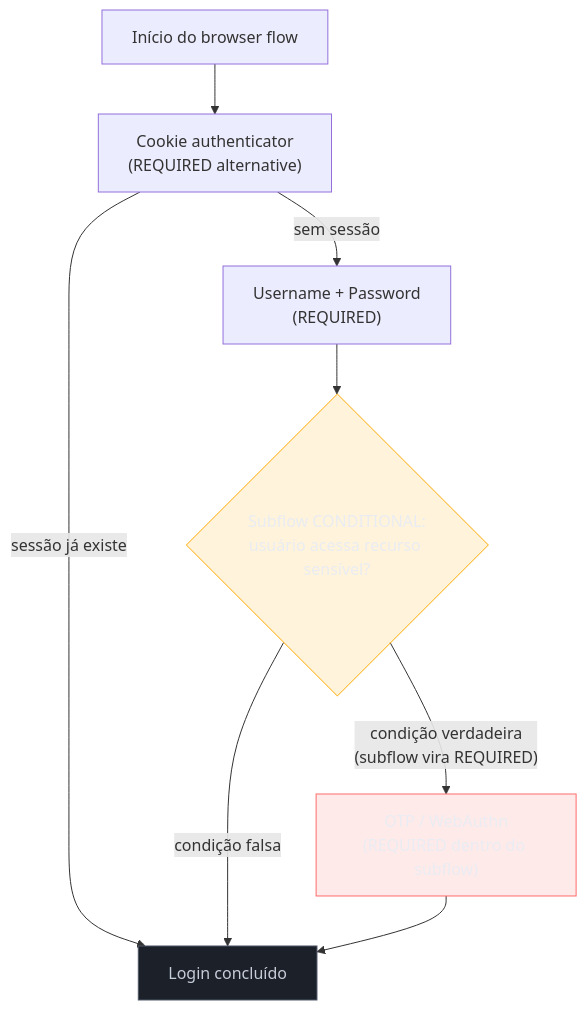
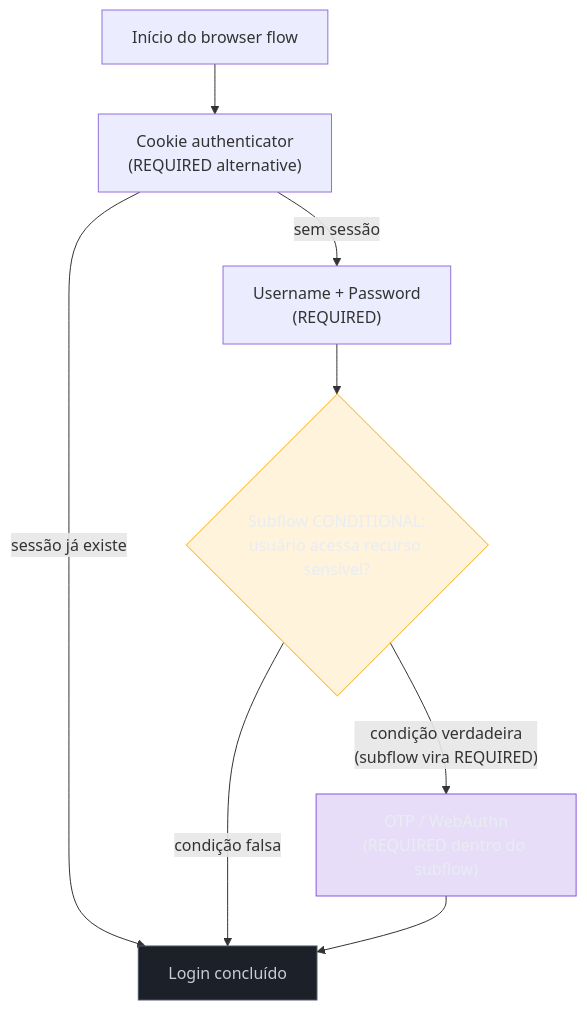
The second of 2 diagrams in 03-Dominios/Engenharia/Auth e Identidade/5 - Keycloak/01 - Keycloak — realms, clients e flows.md (josenaldo/codex-technomanticus), drawn with Mermaid before and after one commit. The commit also changed 601 other files, not shown here.

````diff
--- a/03-Dominios/Engenharia/Auth e Identidade/5 - Keycloak/01 - Keycloak — realms, clients e flows.md
+++ b/03-Dominios/Engenharia/Auth e Identidade/5 - Keycloak/01 - Keycloak — realms, clients e flows.md
@@ -157,17 +157,17 @@
 ```mermaid
 graph TD
+    classDef marca fill:#8855DF33,stroke:#8855DF,color:#E9ECF2
     classDef destaque fill:#FFAA0024,stroke:#FFAA00,color:#E9ECF2
-    classDef falha fill:#FF6B6B24,stroke:#FF6B6B,color:#E9ECF2
     classDef neutro fill:#1B2029,stroke:#4E5666,color:#C6CCD8
     Start["Início do browser flow"] --> Cookie["Cookie authenticator<br/>(REQUIRED alternative)"]
     Cookie -->|"sessão já existe"| Success["Login concluído"]
     Cookie -->|"sem sessão"| UPForm["Username + Password<br/>(REQUIRED)"]
     UPForm --> Cond{"Subflow CONDITIONAL:<br/>usuário acessa recurso sensível?"}
     Cond -->|"condição falsa"| Success
     Cond -->|"condição verdadeira<br/>(subflow vira REQUIRED)"| OTP["OTP / WebAuthn<br/>(REQUIRED dentro do subflow)"]
     OTP --> Success
 
     class Cond destaque
-    class OTP falha
+    class OTP marca
     class Success neutro
 ```
````
